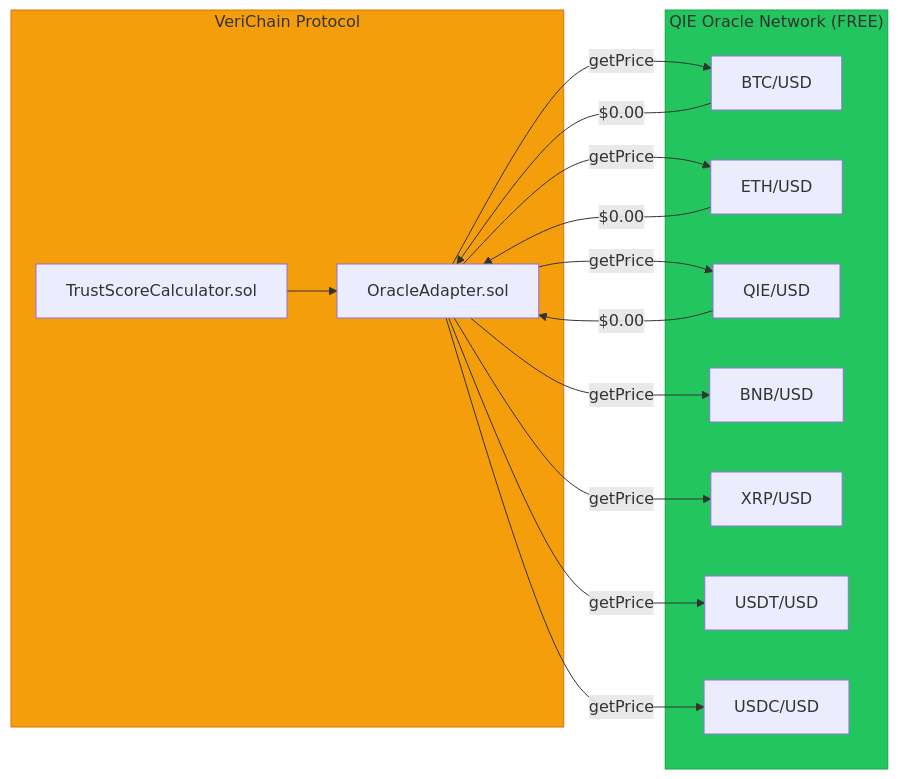
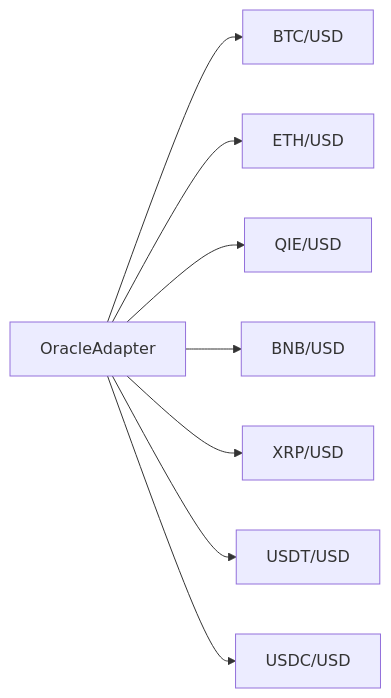
One commit to yashodipmore/VeriChain-Identity-Protocol changed the sixth of 10 diagrams in Archiecture.md. Above: the diagram before and after it, drawn with Mermaid. The commit also changed other lines of this file, not shown here.

````diff
--- a/Archiecture.md
+++ b/Archiecture.md
@@ -206,34 +112,10 @@
 ```mermaid
 flowchart LR
-    subgraph VERICHAIN["VeriChain Protocol"]
-        OA[OracleAdapter.sol]
-        TSC[TrustScoreCalculator.sol]
-    end
-
-    subgraph QIE_ORACLE["QIE Oracle Network (FREE)"]
-        BTC[BTC/USD]
-        ETH[ETH/USD]
-        QIE[QIE/USD]
-        BNB[BNB/USD]
-        XRP[XRP/USD]
-        USDT[USDT/USD]
-        USDC[USDC/USD]
-    end
-
-    OA -->|getPrice| BTC
-    OA -->|getPrice| ETH
-    OA -->|getPrice| QIE
-    OA -->|getPrice| BNB
-    OA -->|getPrice| XRP
-    OA -->|getPrice| USDT
-    OA -->|getPrice| USDC
-
-    BTC -->|$0.00| OA
-    ETH -->|$0.00| OA
-    QIE -->|$0.00| OA
-
-    TSC --> OA
-
-    style QIE_ORACLE fill:#22c55e,stroke:#16a34a
-    style VERICHAIN fill:#f59e0b,stroke:#d97706
+    OA[OracleAdapter] --> BTC[BTC/USD]
+    OA --> ETH[ETH/USD]
+    OA --> QIE[QIE/USD]
+    OA --> BNB[BNB/USD]
+    OA --> XRP[XRP/USD]
+    OA --> USDT[USDT/USD]
+    OA --> USDC[USDC/USD]
 ```
````
